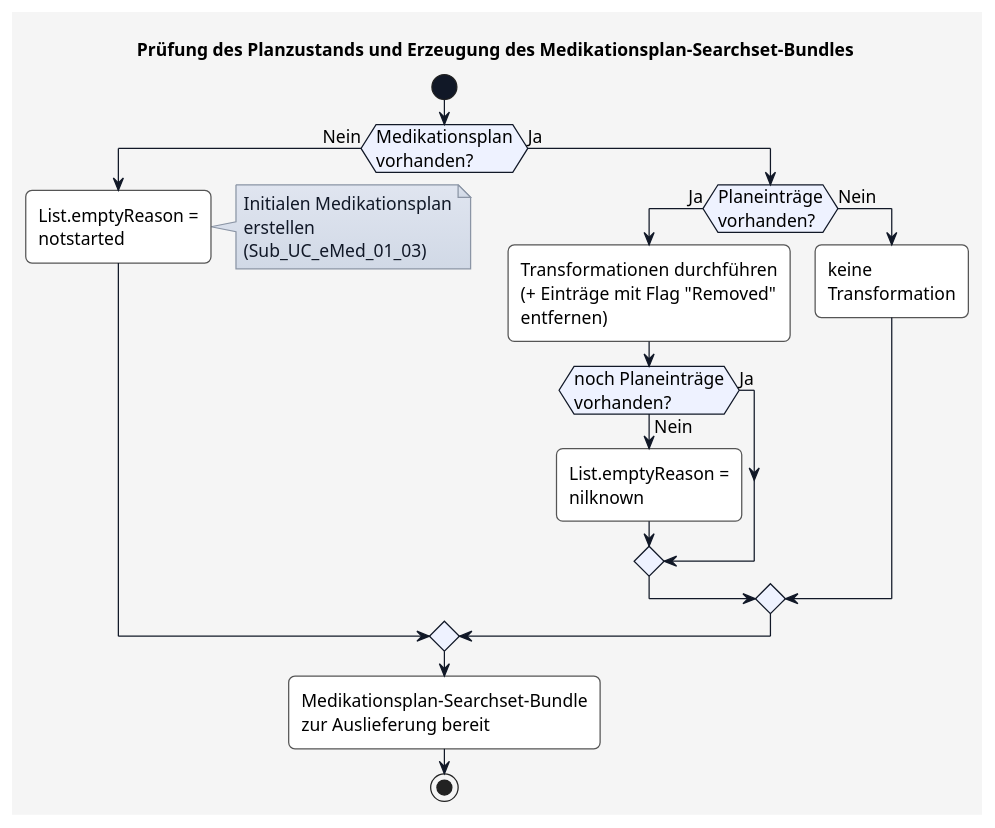
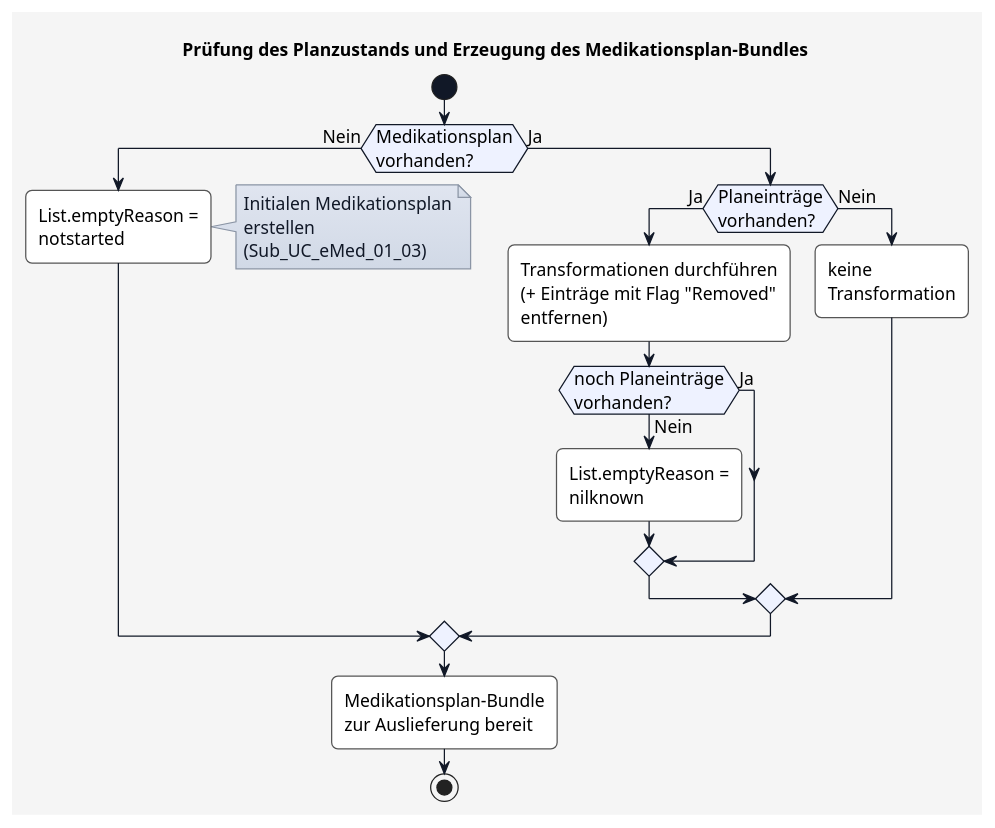
One commit to HL7Austria/ELGA-e-Medikation-R4 changed the diagram in plantuml/UC_eMed_01_01_plancheck.plantuml. Above: the diagram before and after it, drawn with PlantUML. The commit also changed 21 other files, not shown here.

Commit message:
Rename Medikationsplan-Searchset-Bundle

```diff
--- a/plantuml/UC_eMed_01_01_plancheck.plantuml
+++ b/plantuml/UC_eMed_01_01_plancheck.plantuml
@@ -1,79 +1,79 @@
 @startuml
-title Prüfung des Planzustands und Erzeugung des Medikationsplan-Searchset-Bundles
+title Prüfung des Planzustands und Erzeugung des Medikationsplan-Bundles
 
 skinparam borderColor #000000
 skinparam backgroundColor #f5f5f5
 skinparam shadowing false
 skinparam roundCorner 10
 skinparam defaultFontName "Arial"
 skinparam defaultFontSize 14
 skinparam defaultFontColor #000000
 skinparam HyperlinkColor #0000EE
 skinparam HyperlinkUnderline false
 skinparam BoxPadding 20
 skinparam BoxBorderColor #555555
 
 skinparam note {
   BackgroundColor #e0e5f0-#d1d9e6
   BorderColor #8b95a5
   BorderThickness 1
   RoundCorner 0
   Padding 6
   FontColor #111827
   Shadowing false
 }
 
 skinparam activity {
   BackgroundColor #ffffff
   BorderColor #555555
   BorderThickness 1
   FontColor #000000
   FontSize 14
   DiamondBackgroundColor #eef2ff
   DiamondBorderColor #111827
   DiamondFontColor #000000
   StartColor #111827
   EndColor #111827
   ArrowColor #111827
   ArrowThickness 1
 }
 
 start
 
 if (Medikationsplan\nvorhanden?) then (Nein)
 
   :List.emptyReason =\nnotstarted;
 
   note right
     Initialen Medikationsplan
     erstellen
     (Sub_UC_eMed_01_03)
   end note
 
 else (Ja)
 
   if (Planeinträge\nvorhanden?) then (Ja)
 
     :Transformationen durchführen\n(+ Einträge mit Flag "Removed"\nentfernen);
 
     if (noch Planeinträge\nvorhanden?) then (Ja)
 
     else (Nein)
 
       :List.emptyReason =\nnilknown;
 
     endif
 
   else (Nein)
 
     :keine\nTransformation;
 
   endif
 
 endif
 
-:Medikationsplan-Searchset-Bundle\nzur Auslieferung bereit;
+:Medikationsplan-Bundle\nzur Auslieferung bereit;
 
 stop
 
 @enduml
```
